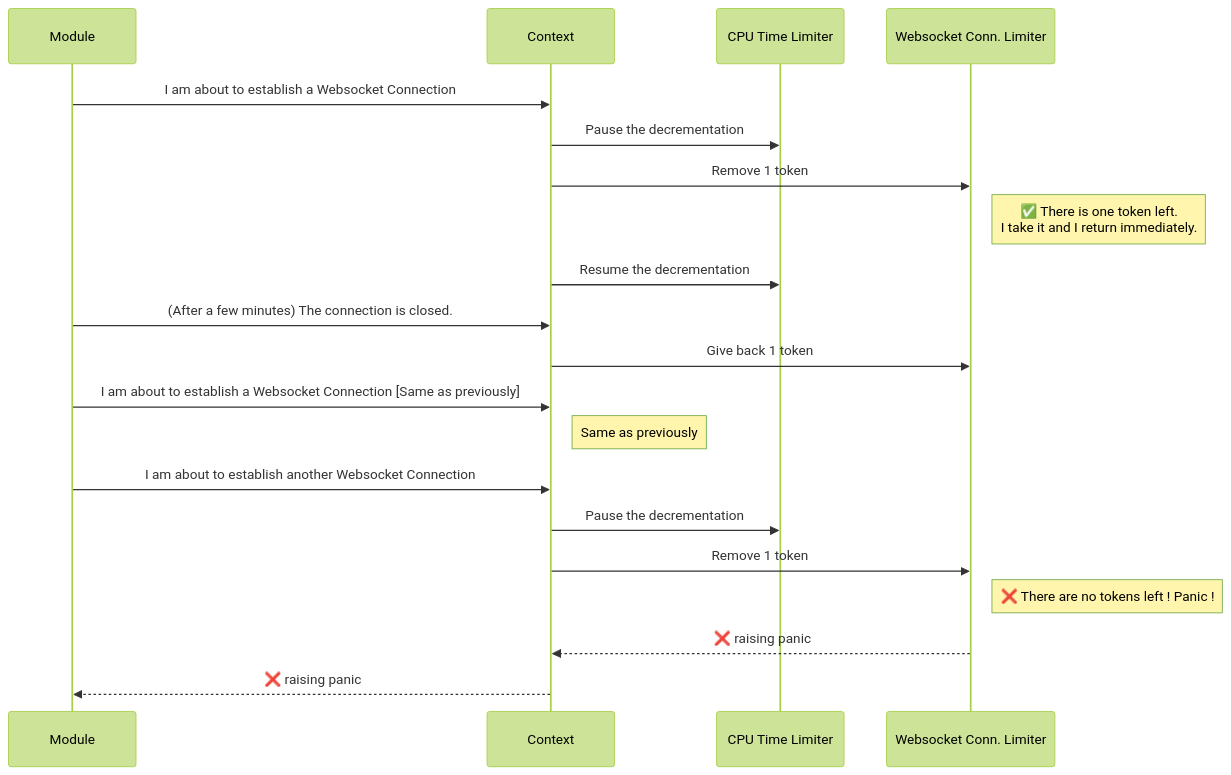
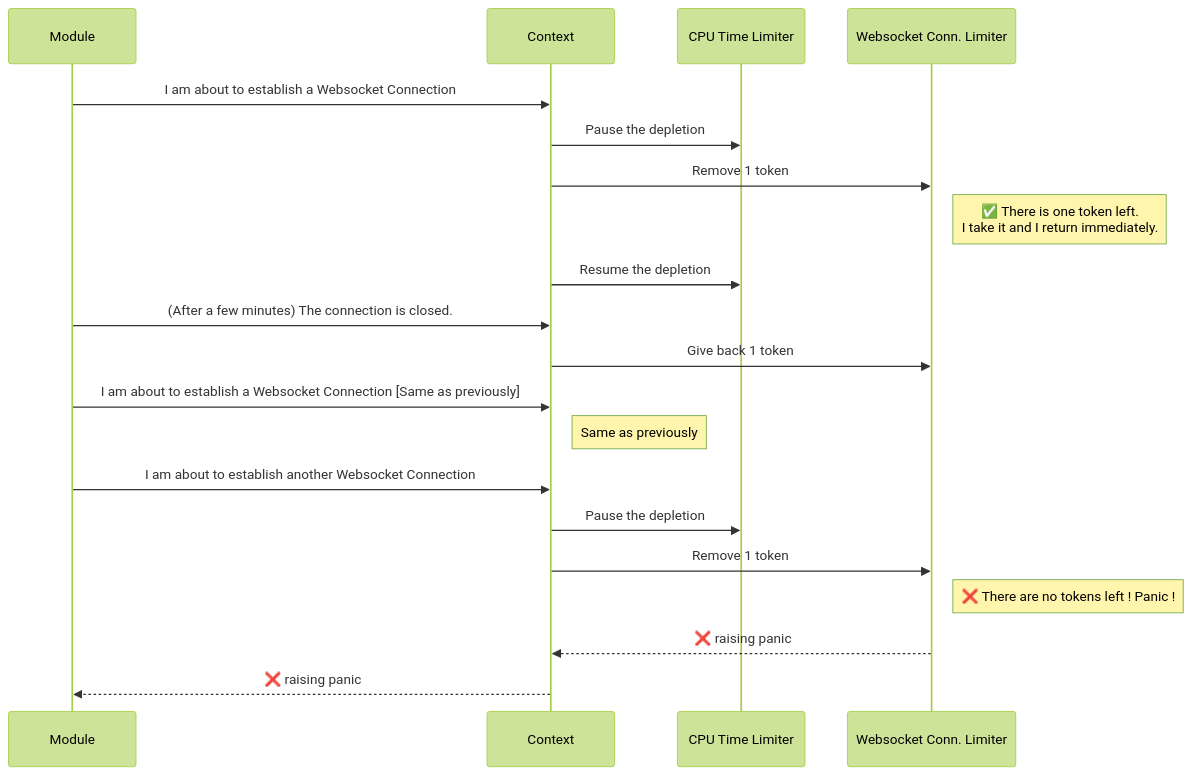
Before and after one commit to inoxlang/inox: the fourth of 7 diagrams in internal/core/README.md, drawn with Mermaid (forest theme). The commit also changed other lines of this file and 24 other files, not shown here.

````diff
--- a/internal/core/README.md
+++ b/internal/core/README.md
@@ -246,21 +246,21 @@
 ```mermaid
 sequenceDiagram
     Module->>Context: I am about to establish a Websocket Connection
-    Context->>CPU Time Limiter: Pause the decrementation
+    Context->>CPU Time Limiter: Pause the depletion
     Context->>Websocket Conn. Limiter: Remove 1 token
     Note right of Websocket Conn. Limiter: ✅ There is one token left.<br/>I take it and I return immediately.
-    Context->>CPU Time Limiter: Resume the decrementation
+    Context->>CPU Time Limiter: Resume the depletion
 
     Module->>Context: (After a few minutes) The connection is closed.
     Context->>Websocket Conn. Limiter: Give back 1 token
   
     Module->>Context: I am about to establish a Websocket Connection [Same as previously]
     Note right of Context: Same as previously
     Module->>Context: I am about to establish another Websocket Connection
 
-    Context->>CPU Time Limiter: Pause the decrementation
+    Context->>CPU Time Limiter: Pause the depletion
     Context->>Websocket Conn. Limiter: Remove 1 token
     Note right of Websocket Conn. Limiter: ❌ There are no tokens left ! Panic !
     Websocket Conn. Limiter-->>Context: ❌ raising panic
     Context-->>Module: ❌ raising panic
 ```
````
